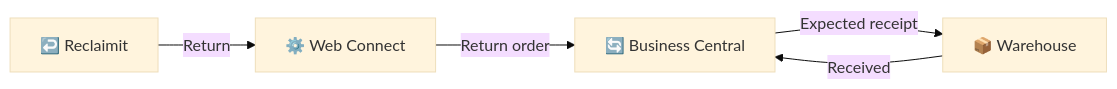
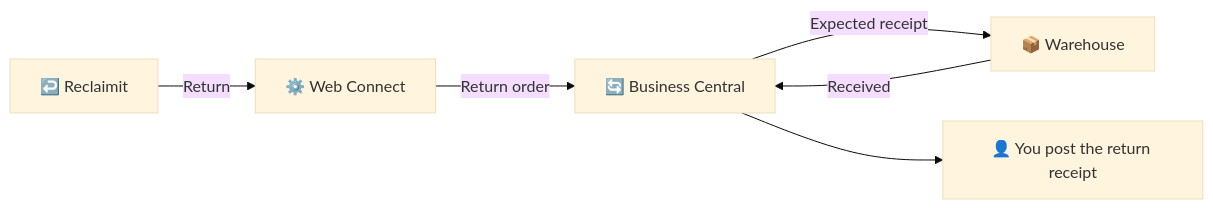
One commit to Combine-IT-ab/docs-general changed the fifth of 8 diagrams in docs/products/web-connect/integrations/reclaimit/overview.md. Above: the diagram before and after it, drawn with Mermaid (base theme). The commit also changed other lines of this file and 2 other files, not shown here.

````diff
--- a/docs/products/web-connect/integrations/reclaimit/overview.md
+++ b/docs/products/web-connect/integrations/reclaimit/overview.md
@@ -136,7 +138,8 @@
 ```mermaid
 flowchart LR
     RE["↩️ Reclaimit"] -->|Return| WC["⚙️ Web Connect"]
     WC -->|Return order| BC["🔄 Business Central"]
     BC -->|Expected receipt| W["📦 Warehouse"]
     W -->|Received| BC
+    BC --> U["👤 You post the return receipt"]
 ```
````
